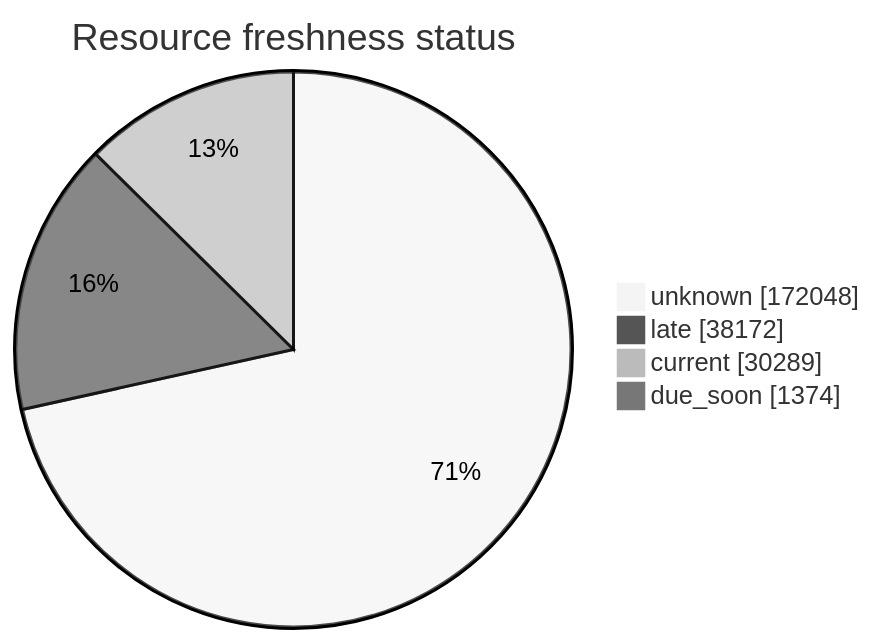
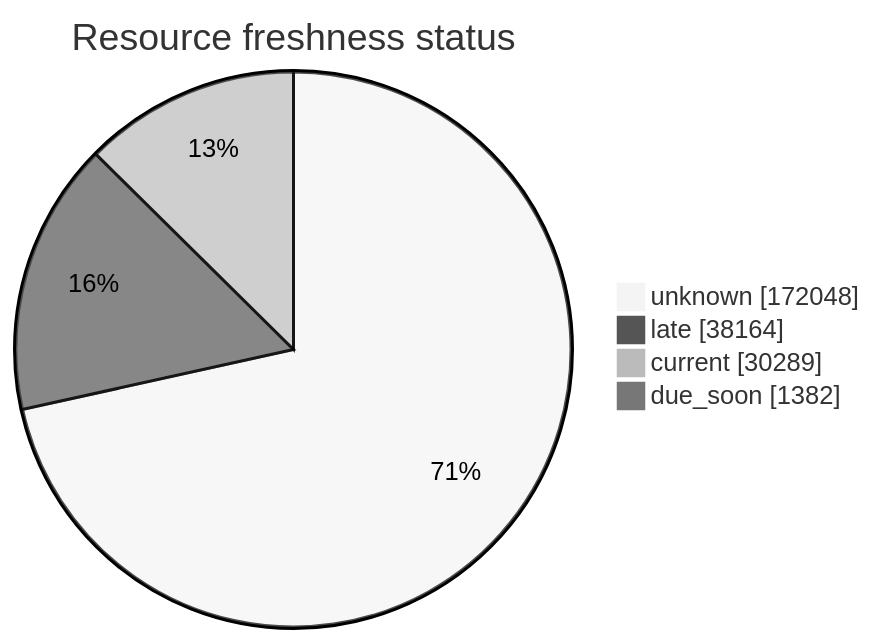
Before and after one commit to open-data/analytics-corporate-reporting: the third of 5 diagrams in FreshCheck/README.md, drawn with Mermaid (neutral theme). The commit also changed other lines of this file and 3 other files, not shown here.

````diff
--- a/FreshCheck/README.md
+++ b/FreshCheck/README.md
@@ -77,7 +77,7 @@
 ```mermaid
 pie showData title Resource freshness status
     "unknown": 172048
-    "late": 38172
+    "late": 38164
     "current": 30289
-    "due_soon": 1374
+    "due_soon": 1382
 ```
````
